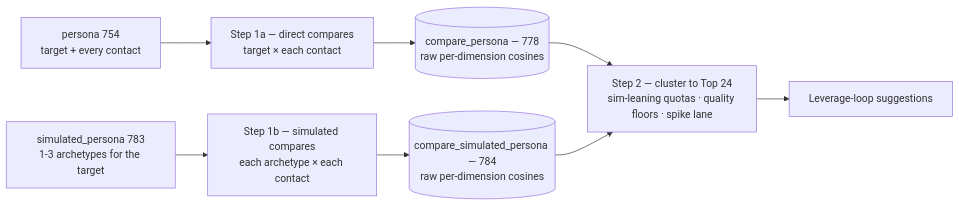
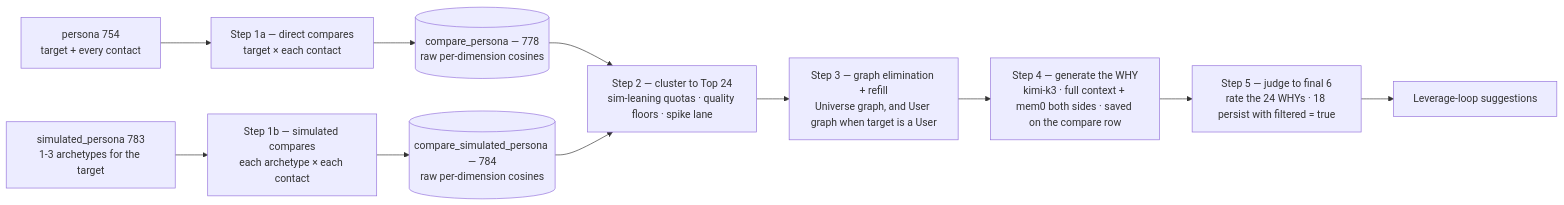
The diagram in guides/open-work/personas/scoring.mdx (M-Pederson/docs), drawn with Mermaid before and after one commit. The commit also changed other lines of this file, not shown here.

````diff
--- a/guides/open-work/personas/scoring.mdx
+++ b/guides/open-work/personas/scoring.mdx
@@ -9,10 +9,13 @@
 ```mermaid
 flowchart LR
     T[persona 754<br/>target + every contact] --> C1[Step 1a — direct compares<br/>target × each contact]
     S[simulated_persona 783<br/>1-3 archetypes for the target] --> C2[Step 1b — simulated compares<br/>each archetype × each contact]
     C1 --> D1[(compare_persona — 778<br/>raw per-dimension cosines)]
     C2 --> D2[(compare_simulated_persona — 784<br/>raw per-dimension cosines)]
     D1 --> E[Step 2 — cluster to Top 24<br/>sim-leaning quotas · quality floors · spike lane]
     D2 --> E
-    E --> F[Leverage-loop suggestions]
+    E --> G[Step 3 — graph elimination + refill<br/>Universe graph, and User graph when target is a User]
+    G --> W[Step 4 — generate the WHY<br/>kimi-k3 · full context + mem0 both sides · saved on the compare row]
+    W --> J[Step 5 — judge to final 6<br/>rate the 24 WHYs · 18 persist with filtered = true]
+    J --> F[Leverage-loop suggestions]
 ```
````
